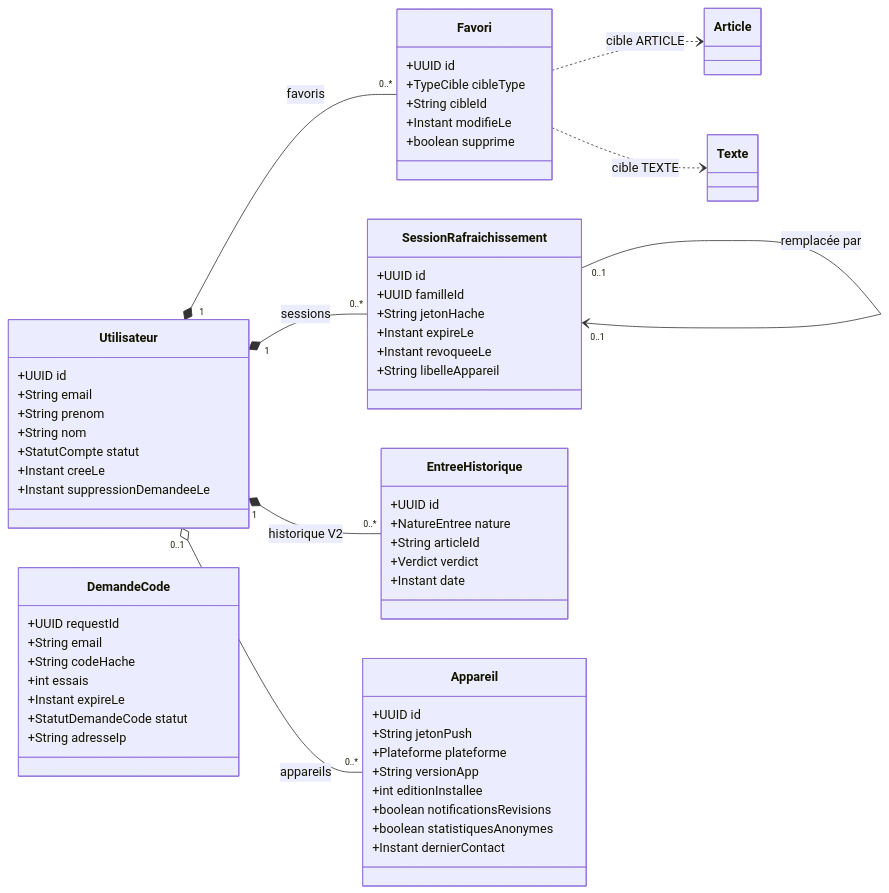
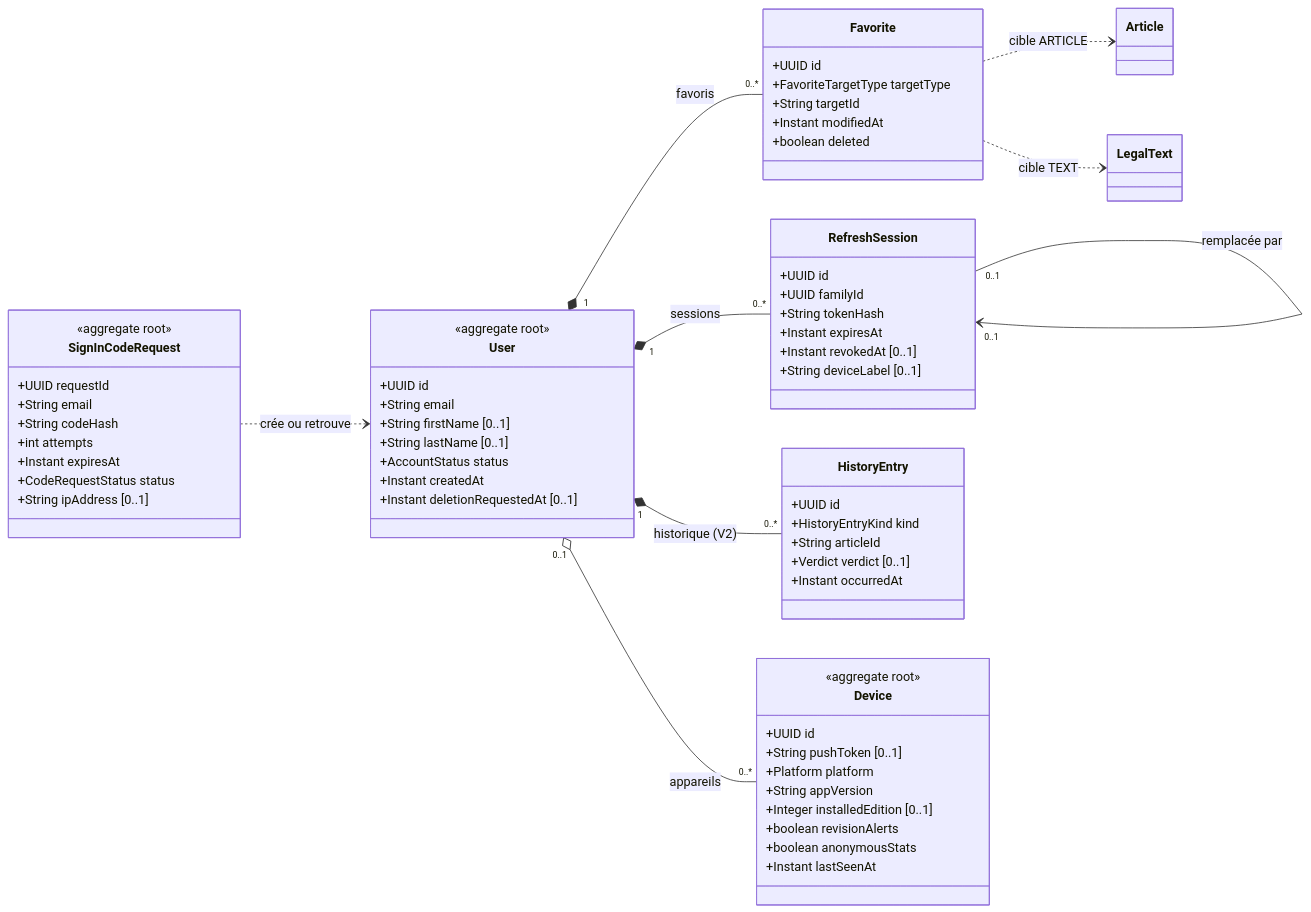
The third of 5 diagrams in docs/modelisation/05-modele-domaine.md (nema-studio/sunudroit-app), drawn with Mermaid before and after one commit. The commit also changed other lines of this file and 16 other files, not shown here.

````diff
--- a/docs/modelisation/05-modele-domaine.md
+++ b/docs/modelisation/05-modele-domaine.md
@@ -293,68 +350,72 @@
 ```mermaid
 classDiagram
     direction LR
 
-    class Utilisateur {
+    class User {
+        <<aggregate root>>
         +UUID id
         +String email
-        +String prenom
-        +String nom
-        +StatutCompte statut
-        +Instant creeLe
-        +Instant suppressionDemandeeLe
+        +String firstName [0..1]
+        +String lastName [0..1]
+        +AccountStatus status
+        +Instant createdAt
+        +Instant deletionRequestedAt [0..1]
     }
 
-    class DemandeCode {
+    class SignInCodeRequest {
+        <<aggregate root>>
         +UUID requestId
         +String email
-        +String codeHache
-        +int essais
-        +Instant expireLe
-        +StatutDemandeCode statut
-        +String adresseIp
+        +String codeHash
+        +int attempts
+        +Instant expiresAt
+        +CodeRequestStatus status
+        +String ipAddress [0..1]
     }
 
-    class SessionRafraichissement {
+    class RefreshSession {
         +UUID id
-        +UUID familleId
-        +String jetonHache
-        +Instant expireLe
-        +Instant revoqueeLe
-        +String libelleAppareil
+        +UUID familyId
+        +String tokenHash
+        +Instant expiresAt
+        +Instant revokedAt [0..1]
+        +String deviceLabel [0..1]
     }
 
-    class Favori {
+    class Favorite {
         +UUID id
-        +TypeCible cibleType
-        +String cibleId
-        +Instant modifieLe
-        +boolean supprime
+        +FavoriteTargetType targetType
+        +String targetId
+        +Instant modifiedAt
+        +boolean deleted
     }
 
-    class EntreeHistorique {
+    class HistoryEntry {
         +UUID id
-        +NatureEntree nature
+        +HistoryEntryKind kind
         +String articleId
-        +Verdict verdict
-        +Instant date
+        +Verdict verdict [0..1]
+        +Instant occurredAt
     }
 
-    class Appareil {
+    class Device {
+        <<aggregate root>>
         +UUID id
-        +String jetonPush
-        +Plateforme plateforme
-        +String versionApp
-        +int editionInstallee
-        +boolean notificationsRevisions
-        +boolean statistiquesAnonymes
-        +Instant dernierContact
+        +String pushToken [0..1]
+        +Platform platform
+        +String appVersion
+        +Integer installedEdition [0..1]
+        +boolean revisionAlerts
+        +boolean anonymousStats
+        +Instant lastSeenAt
     }
 
-    Utilisateur "1" *-- "0..*" SessionRafraichissement : sessions
-    Utilisateur "1" *-- "0..*" Favori : favoris
-    Utilisateur "1" *-- "0..*" EntreeHistorique : historique V2
-    Utilisateur "0..1" o-- "0..*" Appareil : appareils
-    SessionRafraichissement "0..1" --> "0..1" SessionRafraichissement : remplacée par
-    Favori ..> Article : cible ARTICLE
-    Favori ..> Texte : cible TEXTE
+    User "1" *-- "0..*" RefreshSession : sessions
+    RefreshSession "0..1" --> "0..1" RefreshSession : remplacée par
+    User "1" *-- "0..*" Favorite : favoris
+    User "1" *-- "0..*" HistoryEntry : historique (V2)
+    User "0..1" o-- "0..*" Device : appareils
+    Favorite ..> Article : cible ARTICLE
+    Favorite ..> LegalText : cible TEXT
+    SignInCodeRequest ..> User : crée ou retrouve
 ```
````
